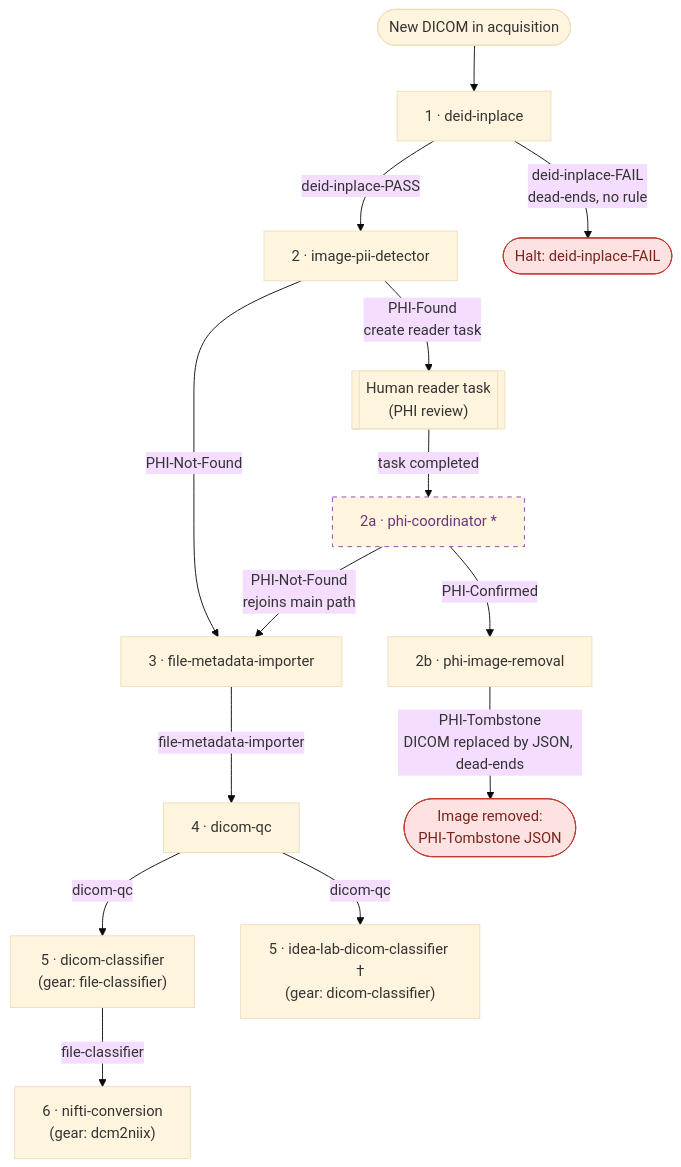
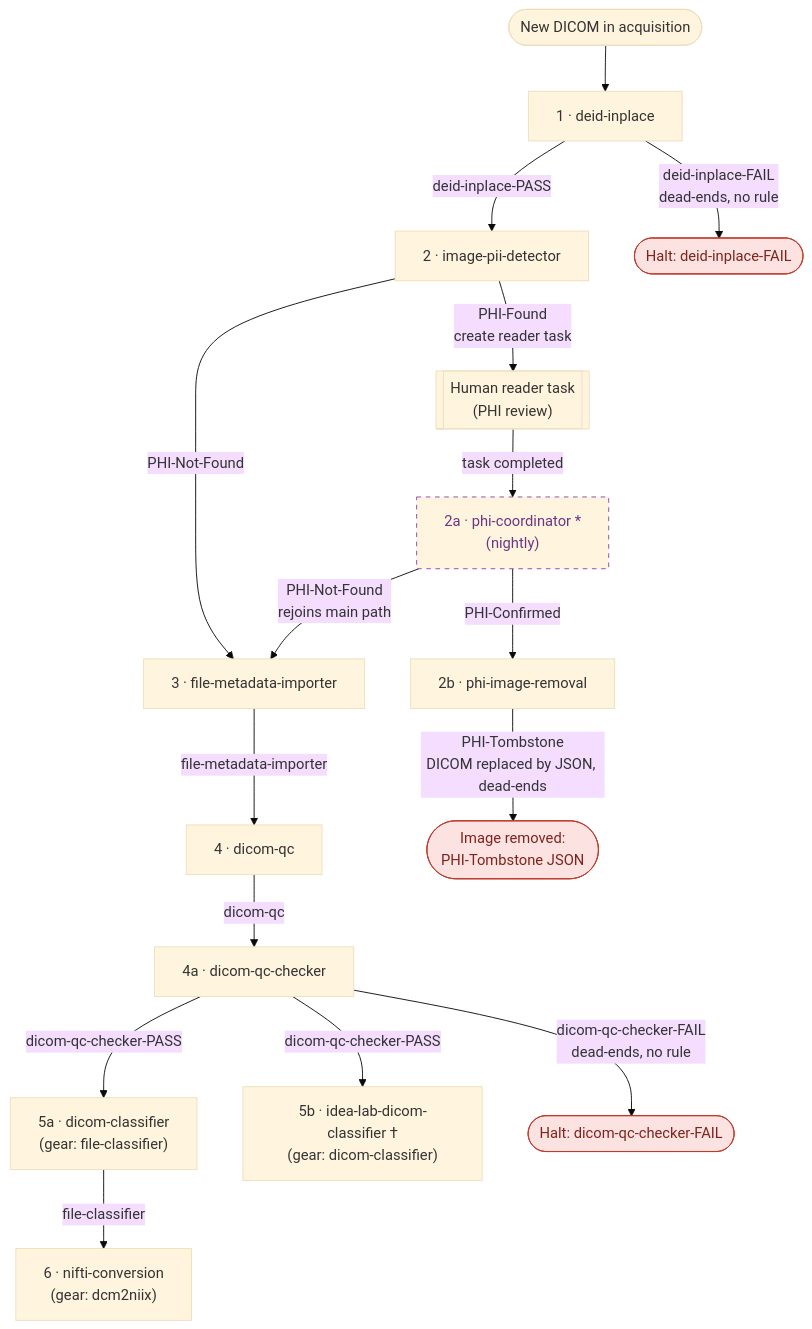
The diagram in docs/processes/mp-imaging-pipeline.md (naccdata/flywheel-gear-extensions), drawn with Mermaid (base theme) before and after one commit. The commit also changed other lines of this file, not shown here.

Commit message:
add dicom-qc-checker gear and update documentation throughout

````diff
--- a/docs/processes/mp-imaging-pipeline.md
+++ b/docs/processes/mp-imaging-pipeline.md
@@ -27,33 +28,37 @@
 ```mermaid
 flowchart TD
     start([New DICOM in acquisition])
     deid["1 · deid-inplace"]
     pii["2 · image-pii-detector"]
     review[["Human reader task<br/>(PHI review)"]]
-    coord["2a · phi-coordinator *"]:::norule
+    coord["2a · phi-coordinator *<br/>(nightly)"]:::norule
     removal["2b · phi-image-removal"]
     meta["3 · file-metadata-importer"]
     qc["4 · dicom-qc"]
-    fcls["5 · dicom-classifier<br/>(gear: file-classifier)"]
-    icls["5 · idea-lab-dicom-classifier †<br/>(gear: dicom-classifier)"]
+    qcchk["4a · dicom-qc-checker"]
+    fcls["5a · dicom-classifier<br/>(gear: file-classifier)"]
+    icls["5b · idea-lab-dicom-classifier †<br/>(gear: dicom-classifier)"]
     nifti["6 · nifti-conversion<br/>(gear: dcm2niix)"]
     tomb([Image removed:<br/>PHI-Tombstone JSON]):::stop
     haltfail([Halt: deid-inplace-FAIL]):::stop
+    haltqc([Halt: dicom-qc-checker-FAIL]):::stop
 
     start --> deid
     deid -->|deid-inplace-PASS| pii
     deid -->|deid-inplace-FAIL<br/>dead-ends, no rule| haltfail
     pii -->|PHI-Not-Found| meta
     pii -->|PHI-Found<br/>create reader task| review
     review -->|task completed| coord
     coord -->|PHI-Confirmed| removal
     removal -->|PHI-Tombstone<br/>DICOM replaced by JSON, dead-ends| tomb
     coord -->|PHI-Not-Found<br/>rejoins main path| meta
     meta -->|file-metadata-importer| qc
-    qc -->|dicom-qc| fcls
-    qc -->|dicom-qc| icls
+    qc -->|dicom-qc| qcchk
+    qcchk -->|dicom-qc-checker-PASS| fcls
+    qcchk -->|dicom-qc-checker-PASS| icls
+    qcchk -->|dicom-qc-checker-FAIL<br/>dead-ends, no rule| haltqc
     fcls -->|file-classifier| nifti
 
     classDef stop fill:#fde2e2,stroke:#c0392b,color:#7b241c;
     classDef norule stroke-dasharray:5 5,stroke:#8e44ad,color:#6c3483;
 ```
````
